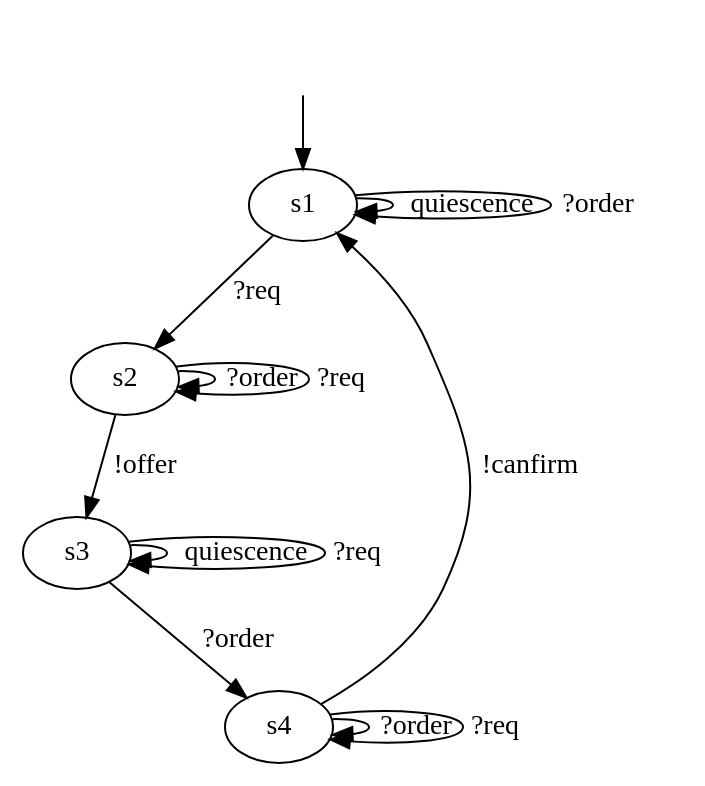
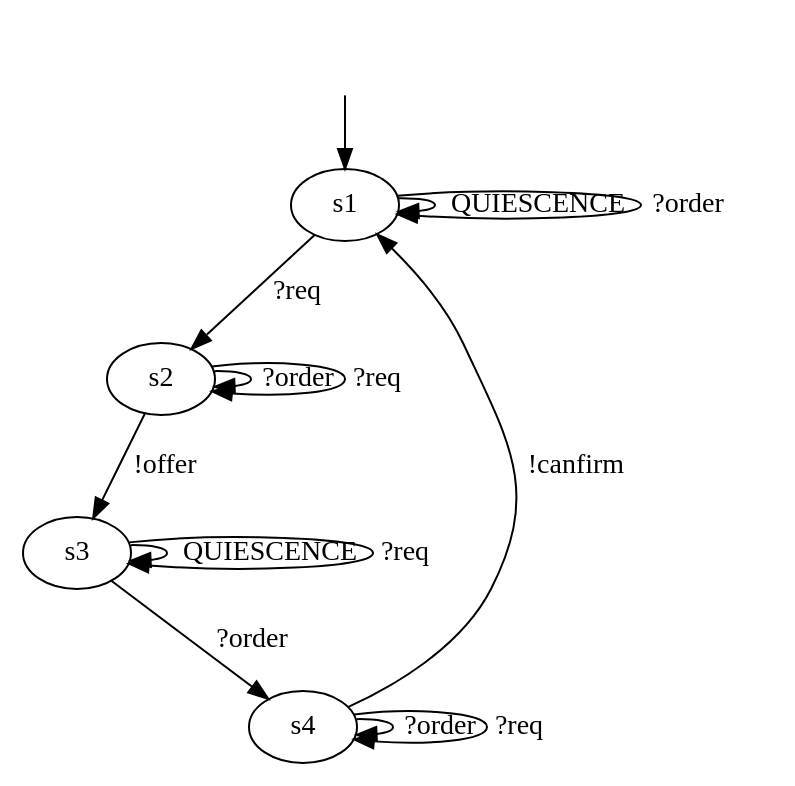
Before and after one commit to haubitzer/AALpy: the diagram in DotModels/Iolts/ioco/01_ioco_P.dot, drawn with Graphviz. The commit also changed 58 other files, not shown here.

```diff
--- a/DotModels/Iolts/ioco/01_ioco_P.dot
+++ b/DotModels/Iolts/ioco/01_ioco_P.dot
@@ -1,20 +1,20 @@
 digraph "../../DotModels/Iolts/ioco/01_ioco_P" {
 s1 [label=s1];
 s2 [label=s2];
 s3 [label=s3];
 s4 [label=s4];
-s1 -> s1  [label=quiescence];
+s1 -> s1  [label=QUIESCENCE];
 s1 -> s1  [label="?order"];
 s1 -> s2  [label="?req"];
 s2 -> s2  [label="?order"];
 s2 -> s2  [label="?req"];
 s2 -> s3  [label="!offer"];
-s3 -> s3  [label=quiescence];
+s3 -> s3  [label=QUIESCENCE];
 s3 -> s3  [label="?req"];
 s3 -> s4  [label="?order"];
 s4 -> s1  [label="!canfirm"];
 s4 -> s4  [label="?order"];
 s4 -> s4  [label="?req"];
 __start0 [label="", shape=none];
 __start0 -> s1  [label=""];
 }
```
